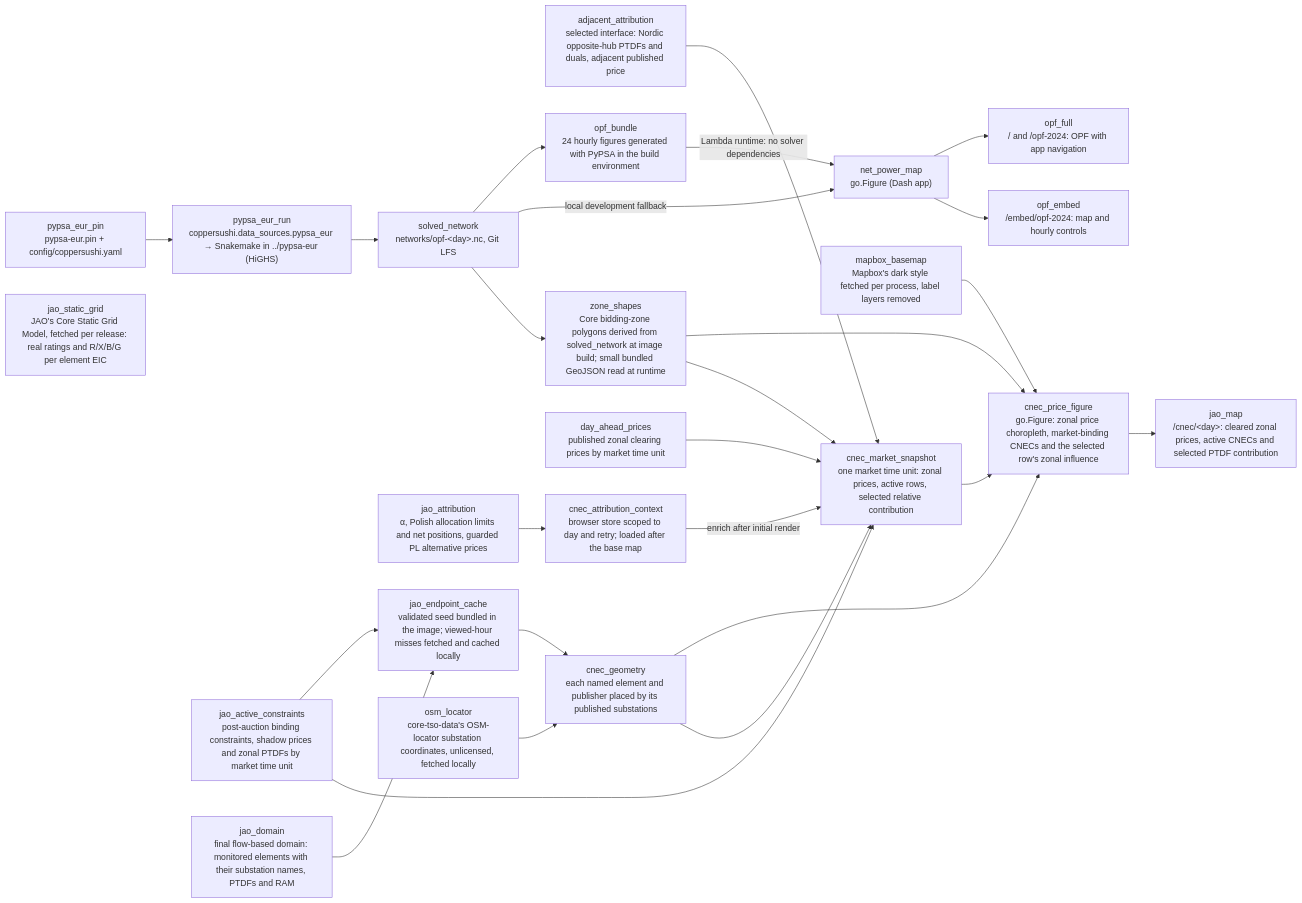
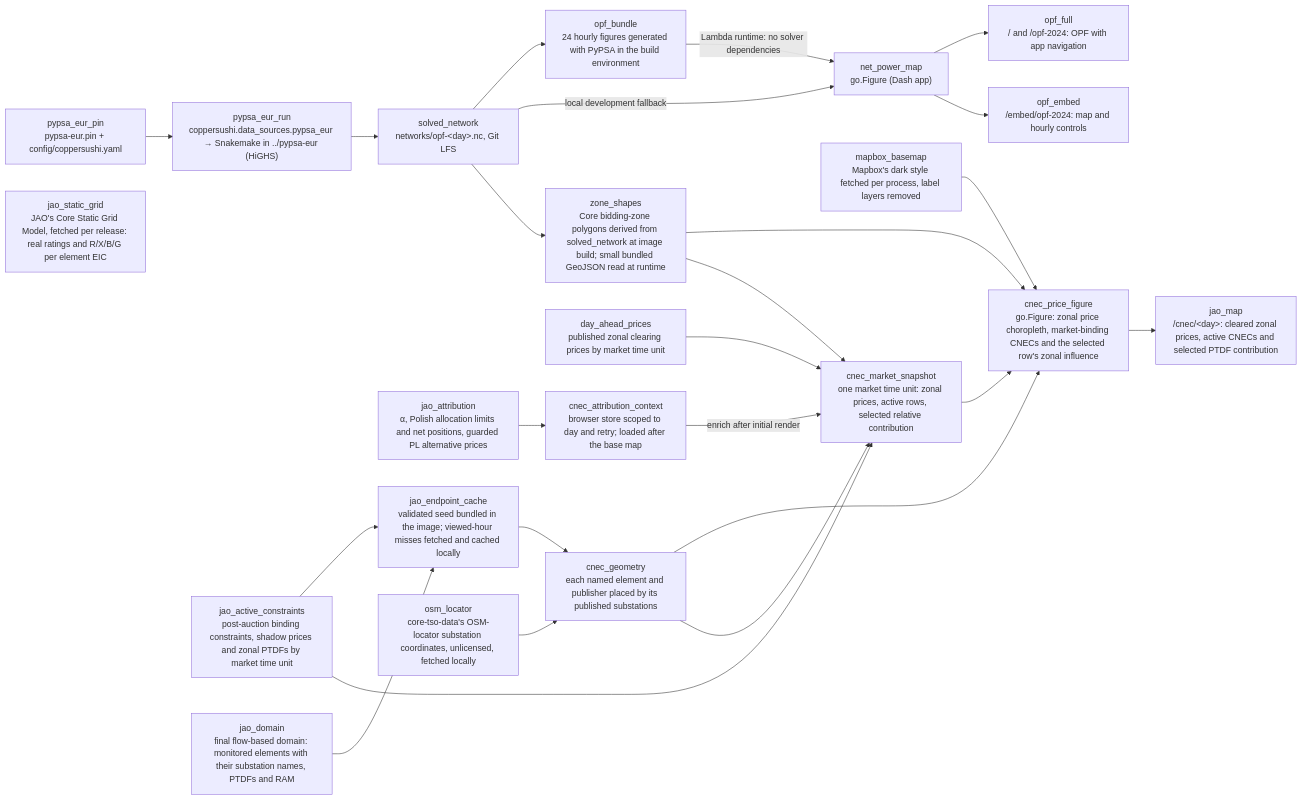
One commit to zoltanmaric/coppersushi changed the diagram in wiki/sushi-2.md. Above: the diagram before and after it, drawn with Mermaid. The commit also changed 31 other files, not shown here.

Commit message:
Remove virtual-interface attribution from the country spread map

````diff
--- a/wiki/sushi-2.md
+++ b/wiki/sushi-2.md
@@ -17,55 +17,53 @@
 ```mermaid
 flowchart LR
     classDef planned stroke-dasharray: 5 5,stroke:#888,fill:none
 
     net_power_map["net_power_map<br/>go.Figure (Dash app)"]
 
     pypsa_eur_pin["pypsa_eur_pin<br/>pypsa-eur.pin + config/coppersushi.yaml"]
     pypsa_eur_run["pypsa_eur_run<br/>coppersushi.data_sources.pypsa_eur → Snakemake in ../pypsa-eur (HiGHS)"]
     solved_network["solved_network<br/>networks/opf-&lt;day&gt;.nc, Git LFS"]
     jao_active_constraints["jao_active_constraints<br/>post-auction binding constraints, shadow prices and zonal PTDFs by market time unit"]
-    adjacent_attribution["adjacent_attribution<br/>selected interface: Nordic opposite-hub PTDFs and duals, adjacent published price"]
     jao_attribution["jao_attribution<br/>α, Polish allocation limits and net positions, guarded PL alternative prices"]
     cnec_attribution_context["cnec_attribution_context<br/>browser store scoped to day and retry; loaded after the base map"]
     jao_domain["jao_domain<br/>final flow-based domain: monitored elements with their substation names, PTDFs and RAM"]
     jao_endpoint_cache["jao_endpoint_cache<br/>validated seed bundled in the image; viewed-hour misses fetched and cached locally"]
     osm_locator["osm_locator<br/>core-tso-data's OSM-locator substation coordinates, unlicensed, fetched locally"]
     cnec_geometry["cnec_geometry<br/>each named element and publisher placed by its published substations"]
     zone_shapes["zone_shapes<br/>Core bidding-zone polygons derived from solved_network at image build; small bundled GeoJSON read at runtime"]
     mapbox_basemap["mapbox_basemap<br/>Mapbox's dark style fetched per process, label layers removed"]
 
     jao_static_grid["jao_static_grid<br/>JAO's Core Static Grid Model, fetched per release: real ratings and R/X/B/G per element EIC"]
 
     day_ahead_prices["day_ahead_prices<br/>published zonal clearing prices by market time unit"]
     cnec_market_snapshot["cnec_market_snapshot<br/>one market time unit: zonal prices, active rows, selected relative contribution"]
     cnec_price_figure["cnec_price_figure<br/>go.Figure: zonal price choropleth, market-binding CNECs and the selected row's zonal influence"]
     jao_map["jao_map<br/>/cnec/&lt;day&gt;: cleared zonal prices, active CNECs and selected PTDF contribution"]
 
     pypsa_eur_pin --> pypsa_eur_run
     pypsa_eur_run --> solved_network
     opf_full["opf_full<br/>/ and /opf-2024: OPF with app navigation"]
     opf_embed["opf_embed<br/>/embed/opf-2024: map and hourly controls"]
     net_power_map --> opf_full
     net_power_map --> opf_embed
     opf_bundle["opf_bundle<br/>24 hourly figures generated with PyPSA in the build environment"]
     solved_network --> opf_bundle
     opf_bundle -->|Lambda runtime: no solver dependencies| net_power_map
     solved_network -->|local development fallback| net_power_map
     solved_network --> zone_shapes
     zone_shapes --> cnec_price_figure
     jao_domain --> jao_endpoint_cache
     jao_active_constraints --> jao_endpoint_cache
     jao_endpoint_cache --> cnec_geometry
     osm_locator --> cnec_geometry
     cnec_geometry --> cnec_price_figure
     mapbox_basemap --> cnec_price_figure
-    adjacent_attribution --> cnec_market_snapshot
     jao_attribution --> cnec_attribution_context
     cnec_attribution_context -->|enrich after initial render| cnec_market_snapshot
     cnec_geometry --> cnec_market_snapshot
     zone_shapes --> cnec_market_snapshot
     jao_active_constraints --> cnec_market_snapshot
     day_ahead_prices --> cnec_market_snapshot
     cnec_market_snapshot --> cnec_price_figure
     cnec_price_figure --> jao_map
 ```
````
